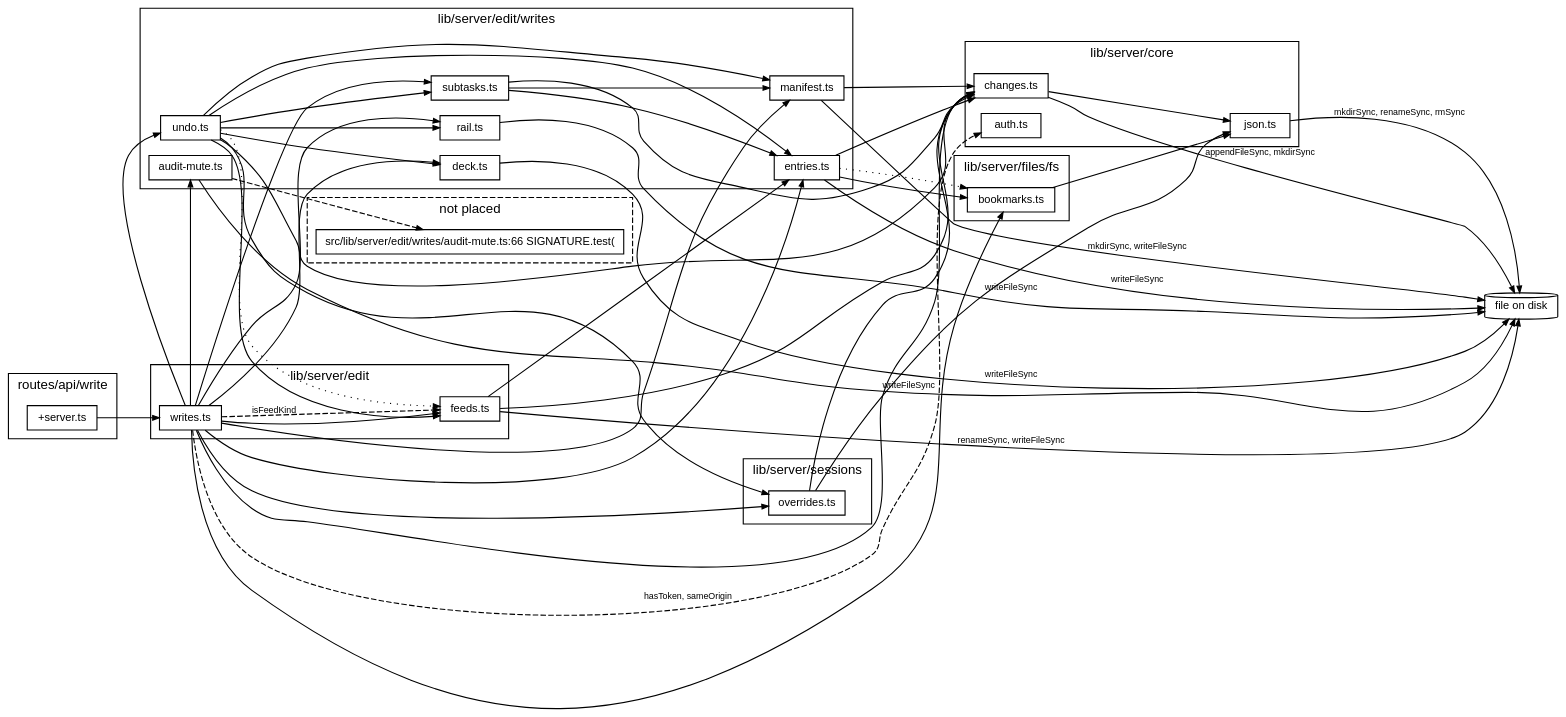
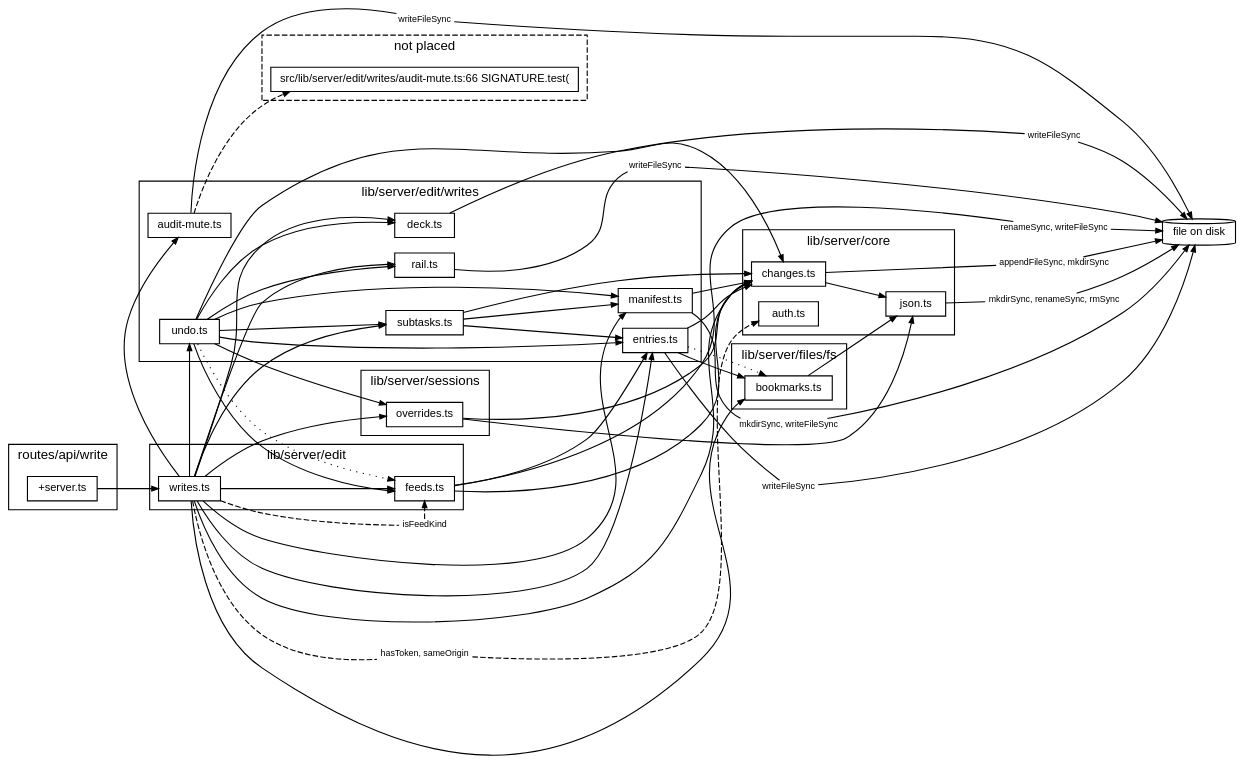
The diagram in docs/diagrams/writes.dot (TheAxeC/oculus), drawn with Graphviz before and after one commit. The commit also changed 433 other files, not shown here.

```diff
--- a/docs/diagrams/writes.dot
+++ b/docs/diagrams/writes.dot
@@ -1,95 +1,115 @@
 digraph writes {
     graph [bgcolor="transparent", rankdir=LR, fontname="Helvetica,Arial,sans-serif", fontsize=12, nodesep=0.2, ranksep=0.5];
     node [shape=box, color="black", fontcolor="black", fontname="Helvetica,Arial,sans-serif", fontsize=10, height=0.3, margin="0.12,0.04"];
     edge [color="black", fontcolor="black", fontname="Helvetica,Arial,sans-serif", fontsize=8, arrowsize=0.6];
     subgraph "cluster_lib/server/core" {
         label="lib/server/core"; style=solid;
         "lib/server/core/auth.ts" [label="auth.ts"];
         "lib/server/core/changes.ts" [label="changes.ts"];
         "lib/server/core/json.ts" [label="json.ts"];
     }
     subgraph "cluster_lib/server/edit" {
         label="lib/server/edit"; style=solid;
         "lib/server/edit/feeds.ts" [label="feeds.ts"];
         "lib/server/edit/writes.ts" [label="writes.ts"];
     }
     subgraph "cluster_lib/server/edit/writes" {
         label="lib/server/edit/writes"; style=solid;
         "lib/server/edit/writes/audit-mute.ts" [label="audit-mute.ts"];
         "lib/server/edit/writes/deck.ts" [label="deck.ts"];
         "lib/server/edit/writes/entries.ts" [label="entries.ts"];
         "lib/server/edit/writes/manifest.ts" [label="manifest.ts"];
         "lib/server/edit/writes/rail.ts" [label="rail.ts"];
         "lib/server/edit/writes/subtasks.ts" [label="subtasks.ts"];
         "lib/server/edit/writes/undo.ts" [label="undo.ts"];
     }
     subgraph "cluster_lib/server/files/fs" {
         label="lib/server/files/fs"; style=solid;
         "lib/server/files/fs/bookmarks.ts" [label="bookmarks.ts"];
     }
     subgraph "cluster_lib/server/sessions" {
         label="lib/server/sessions"; style=solid;
         "lib/server/sessions/overrides.ts" [label="overrides.ts"];
     }
     subgraph "cluster_routes/api/write" {
         label="routes/api/write"; style=solid;
         "routes/api/write/+server.ts" [label="+server.ts"];
     }
     subgraph "cluster_lost" {
         label="not placed"; style=dashed;
         "? src/lib/server/edit/writes/audit-mute.ts:66" [label="src/lib/server/edit/writes/audit-mute.ts:66 SIGNATURE.test("];
     }
     "file on disk" [shape=cylinder];
-    "lib/server/core/changes.ts" -> "file on disk" [label="appendFileSync, mkdirSync"];
+    "lib/server/core/changes.ts to file on disk (calls)" [label="appendFileSync, mkdirSync", shape=box, color="transparent", fontsize=8, width=0, height=0, margin="0.04,0.02"];
+    "lib/server/core/changes.ts" -> "lib/server/core/changes.ts to file on disk (calls)" [arrowhead=none];
+    "lib/server/core/changes.ts to file on disk (calls)" -> "file on disk" [];
     "lib/server/core/changes.ts" -> "lib/server/core/json.ts" [tooltip="writeTextAtomic"];
-    "lib/server/core/json.ts" -> "file on disk" [label="mkdirSync, renameSync, rmSync"];
-    "lib/server/edit/feeds.ts" -> "file on disk" [label="renameSync, writeFileSync"];
+    "lib/server/core/json.ts to file on disk (calls)" [label="mkdirSync, renameSync, rmSync", shape=box, color="transparent", fontsize=8, width=0, height=0, margin="0.04,0.02"];
+    "lib/server/core/json.ts" -> "lib/server/core/json.ts to file on disk (calls)" [arrowhead=none];
+    "lib/server/core/json.ts to file on disk (calls)" -> "file on disk" [];
+    "lib/server/edit/feeds.ts to file on disk (calls)" [label="renameSync, writeFileSync", shape=box, color="transparent", fontsize=8, width=0, height=0, margin="0.04,0.02"];
+    "lib/server/edit/feeds.ts" -> "lib/server/edit/feeds.ts to file on disk (calls)" [arrowhead=none];
+    "lib/server/edit/feeds.ts to file on disk (calls)" -> "file on disk" [];
     "lib/server/edit/feeds.ts" -> "lib/server/core/changes.ts" [tooltip="plain"];
     "lib/server/edit/feeds.ts" -> "lib/server/edit/writes/entries.ts" [tooltip="saved"];
-    "lib/server/edit/writes.ts" -> "lib/server/core/auth.ts" [label="hasToken, sameOrigin", style=dashed];
+    "lib/server/edit/writes.ts to lib/server/core/auth.ts (refuses)" [label="hasToken, sameOrigin", shape=box, color="transparent", fontsize=8, width=0, height=0, margin="0.04,0.02"];
+    "lib/server/edit/writes.ts" -> "lib/server/edit/writes.ts to lib/server/core/auth.ts (refuses)" [arrowhead=none, style=dashed];
+    "lib/server/edit/writes.ts to lib/server/core/auth.ts (refuses)" -> "lib/server/core/auth.ts" [style=dashed];
     "lib/server/edit/writes.ts" -> "lib/server/core/changes.ts" [tooltip="changeAt, defaultChangesPath, logChanges
 pathOf"];
     "lib/server/edit/writes.ts" -> "lib/server/edit/feeds.ts" [tooltip="addLead, addLinkedinIdea, deleteFeedEntry
 markLinkedinPosted, writeFeedField"];
-    "lib/server/edit/writes.ts" -> "lib/server/edit/feeds.ts" [label="isFeedKind", style=dashed];
+    "lib/server/edit/writes.ts to lib/server/edit/feeds.ts (refuses)" [label="isFeedKind", shape=box, color="transparent", fontsize=8, width=0, height=0, margin="0.04,0.02"];
+    "lib/server/edit/writes.ts" -> "lib/server/edit/writes.ts to lib/server/edit/feeds.ts (refuses)" [arrowhead=none, style=dashed];
+    "lib/server/edit/writes.ts to lib/server/edit/feeds.ts (refuses)" -> "lib/server/edit/feeds.ts" [style=dashed];
     "lib/server/edit/writes.ts" -> "lib/server/edit/writes/audit-mute.ts" [tooltip="writeMute"];
     "lib/server/edit/writes.ts" -> "lib/server/edit/writes/deck.ts" [tooltip="writeDeck"];
     "lib/server/edit/writes.ts" -> "lib/server/edit/writes/entries.ts" [tooltip="createEntry, removeEntry, reorderCollection
 writeEntry"];
     "lib/server/edit/writes.ts" -> "lib/server/edit/writes/manifest.ts" [tooltip="createIdea, writeManifest"];
     "lib/server/edit/writes.ts" -> "lib/server/edit/writes/rail.ts" [tooltip="writeRail"];
     "lib/server/edit/writes.ts" -> "lib/server/edit/writes/subtasks.ts" [tooltip="writeHost, writeSubtask, writeSubtaskAdd"];
     "lib/server/edit/writes.ts" -> "lib/server/edit/writes/undo.ts" [tooltip="undoChange"];
     "lib/server/edit/writes.ts" -> "lib/server/files/fs/bookmarks.ts" [tooltip="defaultBookmarksPath"];
     "lib/server/edit/writes.ts" -> "lib/server/sessions/overrides.ts" [tooltip="setHidden, setOverride"];
     "lib/server/edit/writes/audit-mute.ts" -> "? src/lib/server/edit/writes/audit-mute.ts:66" [style=dashed];
-    "lib/server/edit/writes/audit-mute.ts" -> "file on disk" [label="writeFileSync"];
-    "lib/server/edit/writes/deck.ts" -> "file on disk" [label="writeFileSync"];
-    "lib/server/edit/writes/entries.ts" -> "file on disk" [label="writeFileSync"];
+    "lib/server/edit/writes/audit-mute.ts to file on disk (calls)" [label="writeFileSync", shape=box, color="transparent", fontsize=8, width=0, height=0, margin="0.04,0.02"];
+    "lib/server/edit/writes/audit-mute.ts" -> "lib/server/edit/writes/audit-mute.ts to file on disk (calls)" [arrowhead=none];
+    "lib/server/edit/writes/audit-mute.ts to file on disk (calls)" -> "file on disk" [];
+    "lib/server/edit/writes/deck.ts to file on disk (calls)" [label="writeFileSync", shape=box, color="transparent", fontsize=8, width=0, height=0, margin="0.04,0.02"];
+    "lib/server/edit/writes/deck.ts" -> "lib/server/edit/writes/deck.ts to file on disk (calls)" [arrowhead=none];
+    "lib/server/edit/writes/deck.ts to file on disk (calls)" -> "file on disk" [];
+    "lib/server/edit/writes/entries.ts to file on disk (calls)" [label="writeFileSync", shape=box, color="transparent", fontsize=8, width=0, height=0, margin="0.04,0.02"];
+    "lib/server/edit/writes/entries.ts" -> "lib/server/edit/writes/entries.ts to file on disk (calls)" [arrowhead=none];
+    "lib/server/edit/writes/entries.ts to file on disk (calls)" -> "file on disk" [];
     "lib/server/edit/writes/entries.ts" -> "lib/server/core/changes.ts" [tooltip="plain"];
     "lib/server/edit/writes/entries.ts" -> "lib/server/files/fs/bookmarks.ts" [tooltip="ensureBookmarksFile"];
     "lib/server/edit/writes/entries.ts" -> "lib/server/files/fs/bookmarks.ts" [tooltip="BOOKMARKS", style=dotted];
-    "lib/server/edit/writes/manifest.ts" -> "file on disk" [label="mkdirSync, writeFileSync"];
+    "lib/server/edit/writes/manifest.ts to file on disk (calls)" [label="mkdirSync, writeFileSync", shape=box, color="transparent", fontsize=8, width=0, height=0, margin="0.04,0.02"];
+    "lib/server/edit/writes/manifest.ts" -> "lib/server/edit/writes/manifest.ts to file on disk (calls)" [arrowhead=none];
+    "lib/server/edit/writes/manifest.ts to file on disk (calls)" -> "file on disk" [];
     "lib/server/edit/writes/manifest.ts" -> "lib/server/core/changes.ts" [tooltip="plain"];
-    "lib/server/edit/writes/rail.ts" -> "file on disk" [label="writeFileSync"];
+    "lib/server/edit/writes/rail.ts to file on disk (calls)" [label="writeFileSync", shape=box, color="transparent", fontsize=8, width=0, height=0, margin="0.04,0.02"];
+    "lib/server/edit/writes/rail.ts" -> "lib/server/edit/writes/rail.ts to file on disk (calls)" [arrowhead=none];
+    "lib/server/edit/writes/rail.ts to file on disk (calls)" -> "file on disk" [];
     "lib/server/edit/writes/subtasks.ts" -> "lib/server/core/changes.ts" [tooltip="plain"];
     "lib/server/edit/writes/subtasks.ts" -> "lib/server/edit/writes/entries.ts" [tooltip="identityOf, readCollection, saved"];
     "lib/server/edit/writes/subtasks.ts" -> "lib/server/edit/writes/manifest.ts" [tooltip="insideHub"];
     "lib/server/edit/writes/undo.ts" -> "lib/server/core/changes.ts" [tooltip="same"];
     "lib/server/edit/writes/undo.ts" -> "lib/server/edit/feeds.ts" [tooltip="deleteFeedEntry, isFeedKind, readFeedFile
 restoreFeedEntry, writeFeedField"];
     "lib/server/edit/writes/undo.ts" -> "lib/server/edit/feeds.ts" [tooltip="FEED_RULES", style=dotted];
     "lib/server/edit/writes/undo.ts" -> "lib/server/edit/writes/deck.ts" [tooltip="deckNow, writeDeck"];
     "lib/server/edit/writes/undo.ts" -> "lib/server/edit/writes/entries.ts" [tooltip="createEntry, entryOf, idOfIdentity
 identityOrder, readCollection, removeEntry
 reorderCollection, writeEntry"];
     "lib/server/edit/writes/undo.ts" -> "lib/server/edit/writes/manifest.ts" [tooltip="manifestValue, writeManifest"];
     "lib/server/edit/writes/undo.ts" -> "lib/server/edit/writes/rail.ts" [tooltip="railNow, writeRail"];
     "lib/server/edit/writes/undo.ts" -> "lib/server/edit/writes/subtasks.ts" [tooltip="hostStatus, restoreSubtask, subtaskValue
 writeHost, writeSubtask, writeSubtaskAdd"];
     "lib/server/edit/writes/undo.ts" -> "lib/server/sessions/overrides.ts" [tooltip="overrides, setHidden, setOverride"];
     "lib/server/files/fs/bookmarks.ts" -> "lib/server/core/json.ts" [tooltip="writeTextAtomic"];
     "lib/server/sessions/overrides.ts" -> "lib/server/core/changes.ts" [tooltip="plain"];
     "lib/server/sessions/overrides.ts" -> "lib/server/core/json.ts" [tooltip="readJson, writeJsonAtomic"];
     "routes/api/write/+server.ts" -> "lib/server/edit/writes.ts" [tooltip="handleWrite, target"];
 }
```
